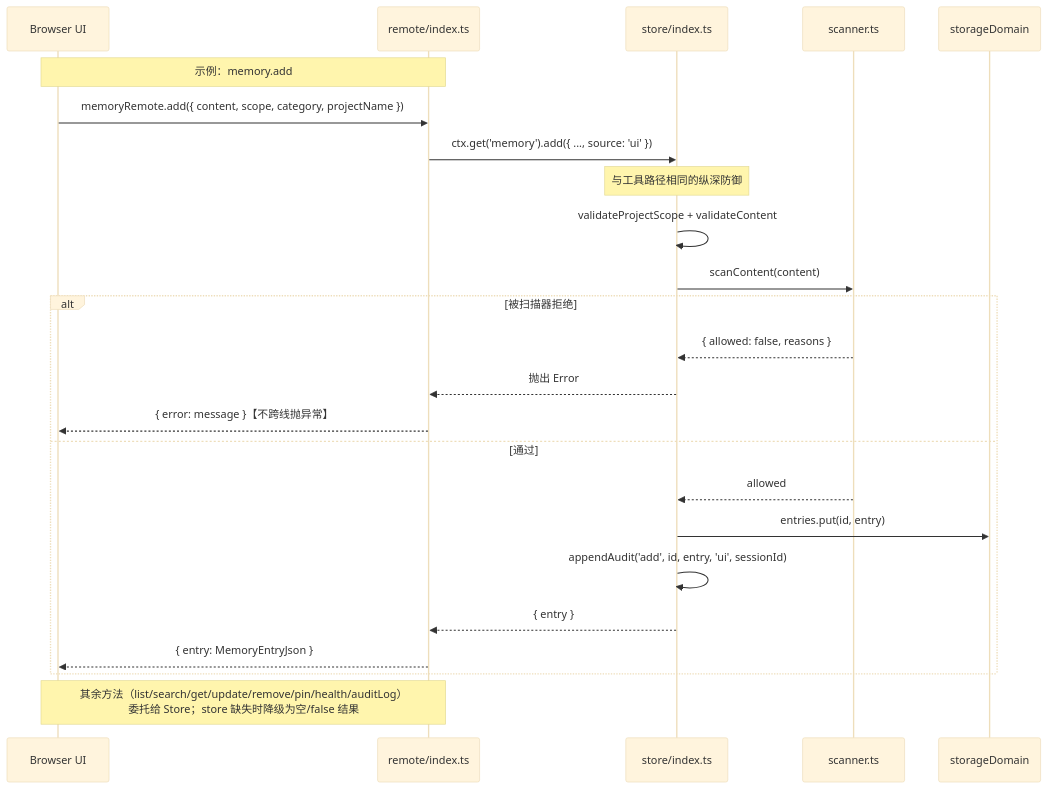
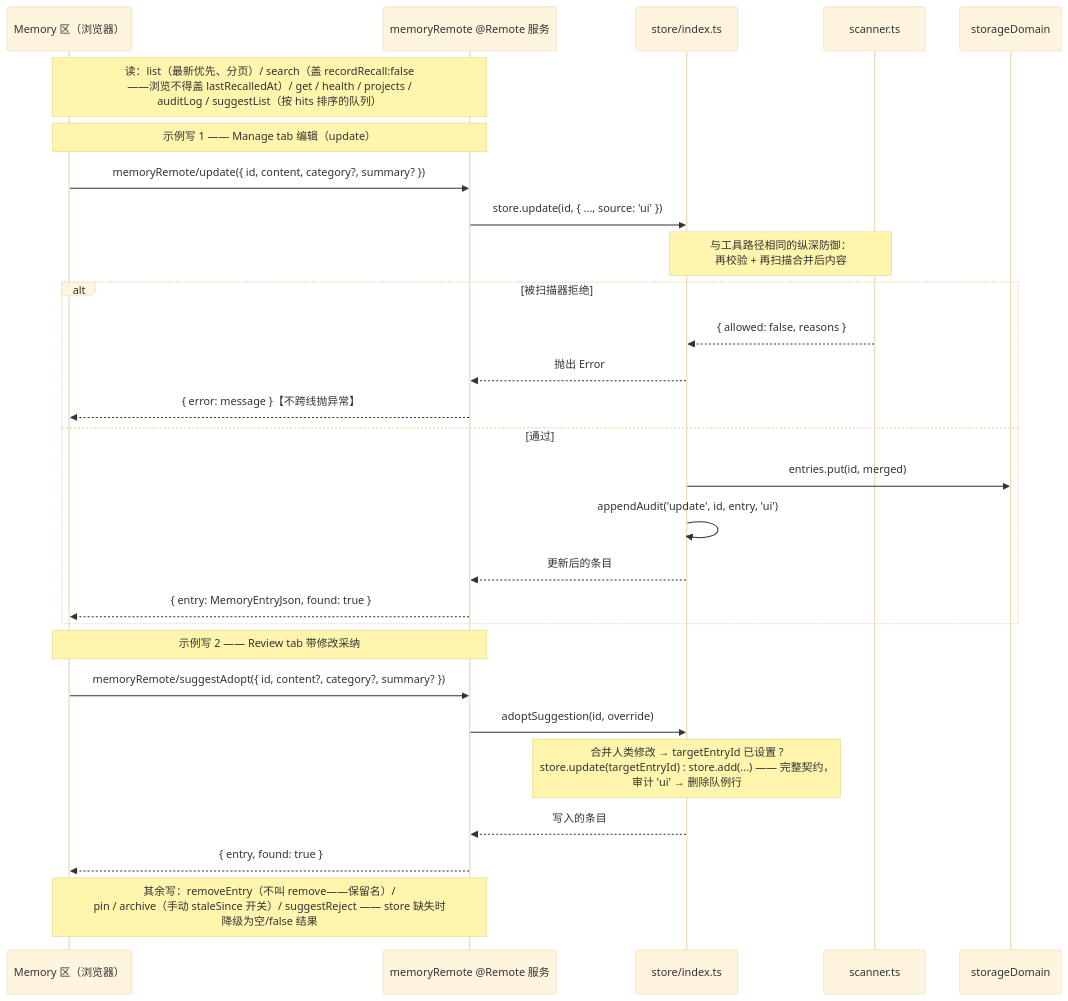
Before and after one commit to chenhw7/dsh-memory: diagram 12 of 14 in docs/SEQUENCE_DIAGRAMS.zh-CN.md, drawn with Mermaid (base theme). The commit also changed other lines of this file and 2 other files, not shown here.

First line of the commit message:
docs: sync zh-CN mirrors (README / TECH_DESIGN / SEQUENCE_DIAGRAMS) with the v0.5.0 implementation

````diff
--- a/docs/SEQUENCE_DIAGRAMS.zh-CN.md
+++ b/docs/SEQUENCE_DIAGRAMS.zh-CN.md
@@ -533,31 +559,36 @@
 ```mermaid
 sequenceDiagram
-    participant UI as Browser UI
-    participant Remote as remote/index.ts
+    participant UI as Memory 区（浏览器）
+    participant Remote as memoryRemote @Remote 服务
     participant Store as store/index.ts
     participant Scanner as scanner.ts
     participant SD as storageDomain
 
-    Note over UI,Remote: 示例：memory.add
+    Note over UI,Remote: 读：list（最新优先、分页）/ search（盖 recordRecall:false<br/>——浏览不得盖 lastRecalledAt）/ get / health / projects /<br/>auditLog / suggestList（按 hits 排序的队列）
 
-    UI->>Remote: memoryRemote.add({ content, scope, category, projectName })
+    Note over UI,Remote: 示例写 1 —— Manage tab 编辑（update）
 
-    Remote->>Store: ctx.get('memory').add({ ..., source: 'ui' })
-
-    Note over Store: 与工具路径相同的纵深防御
-    Store->>Store: validateProjectScope + validateContent
-    Store->>Scanner: scanContent(content)
+    UI->>Remote: memoryRemote/update({ id, content, category?, summary? })
+    Remote->>Store: store.update(id, { ..., source: 'ui' })
+    Note over Store,Scanner: 与工具路径相同的纵深防御：<br/>再校验 + 再扫描合并后内容
     alt 被扫描器拒绝
         Scanner-->>Store: { allowed: false, reasons }
         Store-->>Remote: 抛出 Error
         Remote-->>UI: { error: message }【不跨线抛异常】
     else 通过
-        Scanner-->>Store: allowed
-        Store->>SD: entries.put(id, entry)
-        Store->>Store: appendAudit('add', id, entry, 'ui', sessionId)
-        Store-->>Remote: { entry }
-        Remote-->>UI: { entry: MemoryEntryJson }
+        Store->>SD: entries.put(id, merged)
+        Store->>Store: appendAudit('update', id, entry, 'ui')
+        Store-->>Remote: 更新后的条目
+        Remote-->>UI: { entry: MemoryEntryJson, found: true }
     end
 
-    Note over UI,Remote: 其余方法（list/search/get/update/remove/pin/health/auditLog）<br/>委托给 Store；store 缺失时降级为空/false 结果
+    Note over UI,Remote: 示例写 2 —— Review tab 带修改采纳
+
+    UI->>Remote: memoryRemote/suggestAdopt({ id, content?, category?, summary? })
+    Remote->>Store: adoptSuggestion(id, override)
+    Note over Store: 合并人类修改 → targetEntryId 已设置 ?<br/>store.update(targetEntryId) : store.add(...) —— 完整契约，<br/>审计 'ui' → 删除队例行
+    Store-->>Remote: 写入的条目
+    Remote-->>UI: { entry, found: true }
+
+    Note over UI,Remote: 其余写：removeEntry（不叫 remove——保留名）/<br/>pin / archive（手动 staleSince 开关）/ suggestReject —— store 缺失时<br/>降级为空/false 结果
 ```
````
